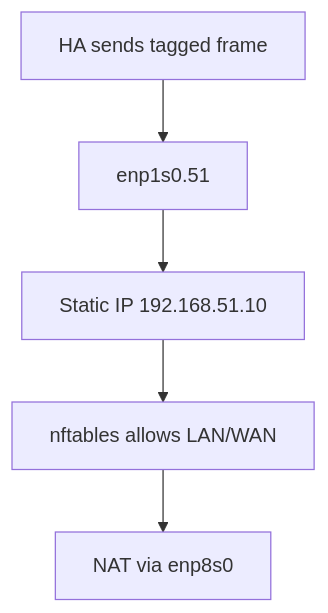
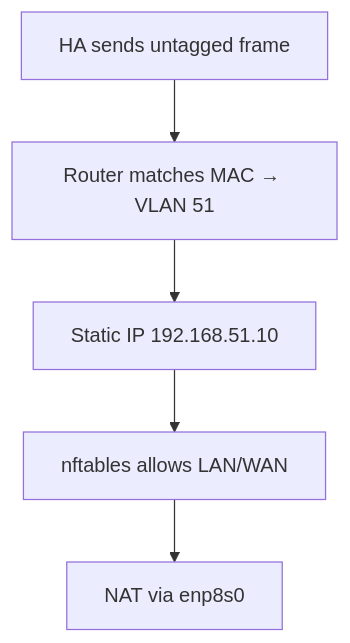
The sixth of 8 diagrams in SOFTWARE.md (GEMISIS/home-network-setup), drawn with Mermaid before and after one commit. The commit also changed other lines of this file and 2 other files, not shown here.

Commit message:
Clarify untagged HA and camera VLAN handling

````diff
--- a/SOFTWARE.md
+++ b/SOFTWARE.md
@@ -104,7 +107,7 @@
 ```mermaid
 flowchart TD
-    A[HA sends tagged frame] --> B[enp1s0.51]
+    A[HA sends untagged frame] --> B[Router matches MAC → VLAN 51]
     B --> C[Static IP 192.168.51.10]
     C --> D[nftables allows LAN/WAN]
     D --> E[NAT via enp8s0]
 ```
````
